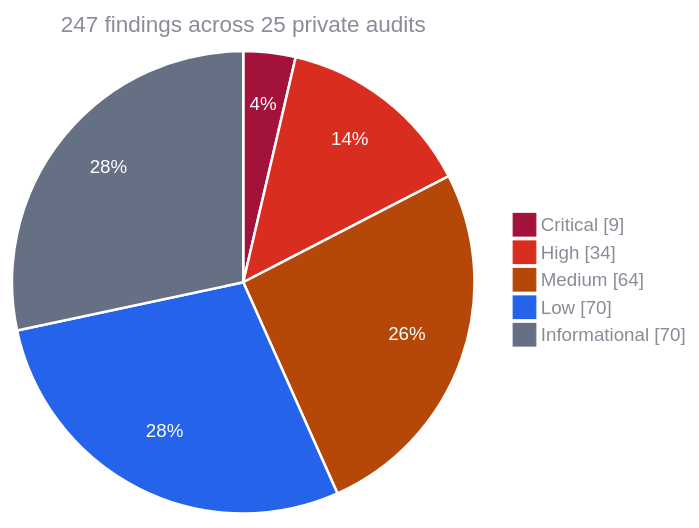
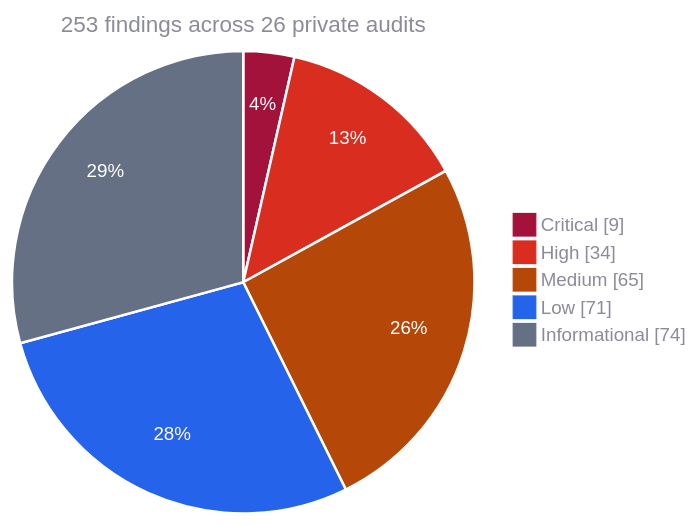
Before and after one commit to Kann-Audits/Kann-Audits: the first of 2 diagrams in README.md, drawn with Mermaid. The commit also changed other lines of this file and 2 other files, not shown here.

Commit message:
Publish Delta Base security review

````diff
--- a/README.md
+++ b/README.md
@@ -87,10 +88,10 @@
 ```mermaid
 %%{init: {"theme": "base", "themeVariables": {"pie1": "#a3123a", "pie2": "#d92d20", "pie3": "#b54708", "pie4": "#2563eb", "pie5": "#667085", "pieStrokeColor": "#ffffff", "pieStrokeWidth": "2px", "pieOuterStrokeWidth": "0px", "pieOpacity": "1", "pieSectionTextColor": "#ffffff", "pieSectionTextSize": "15px", "pieTitleTextColor": "#8b8b99", "pieTitleTextSize": "18px", "pieLegendTextColor": "#8b8b99", "pieLegendTextSize": "15px"}}}%%
 pie showData
-    title 247 findings across 25 private audits
+    title 253 findings across 26 private audits
     "Critical" : 9
     "High" : 34
-    "Medium" : 64
-    "Low" : 70
-    "Informational" : 70
+    "Medium" : 65
+    "Low" : 71
+    "Informational" : 74
 ```
````
